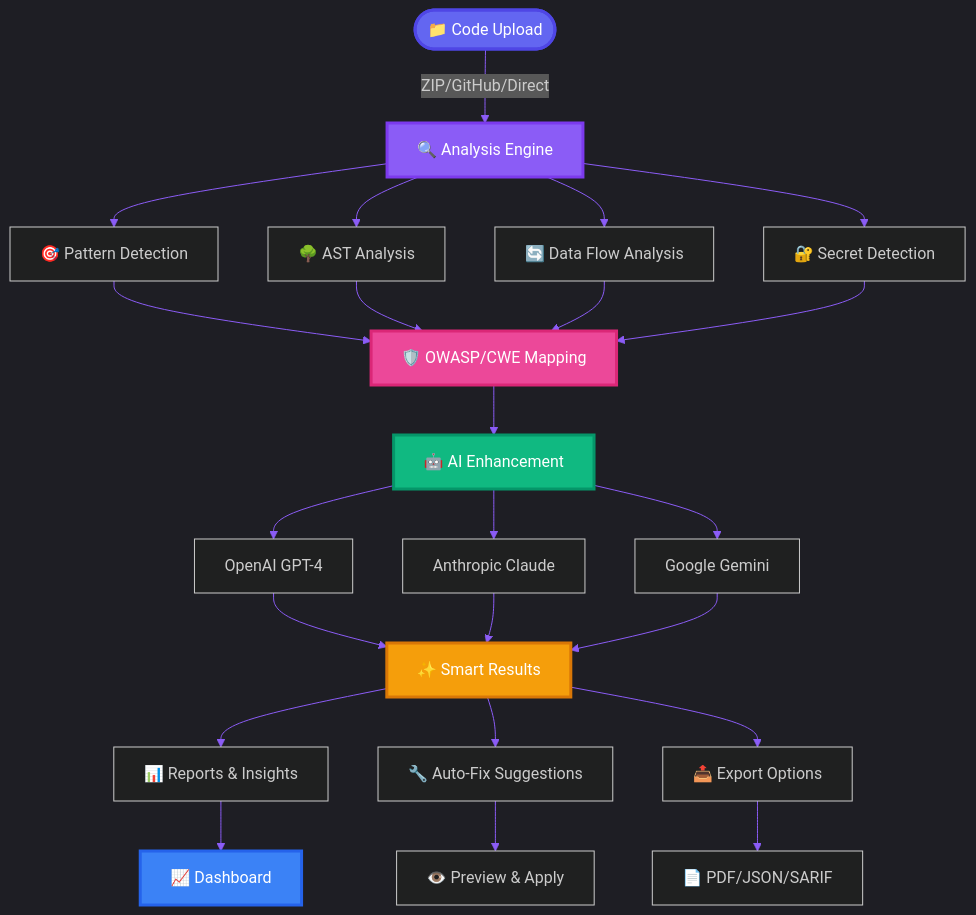
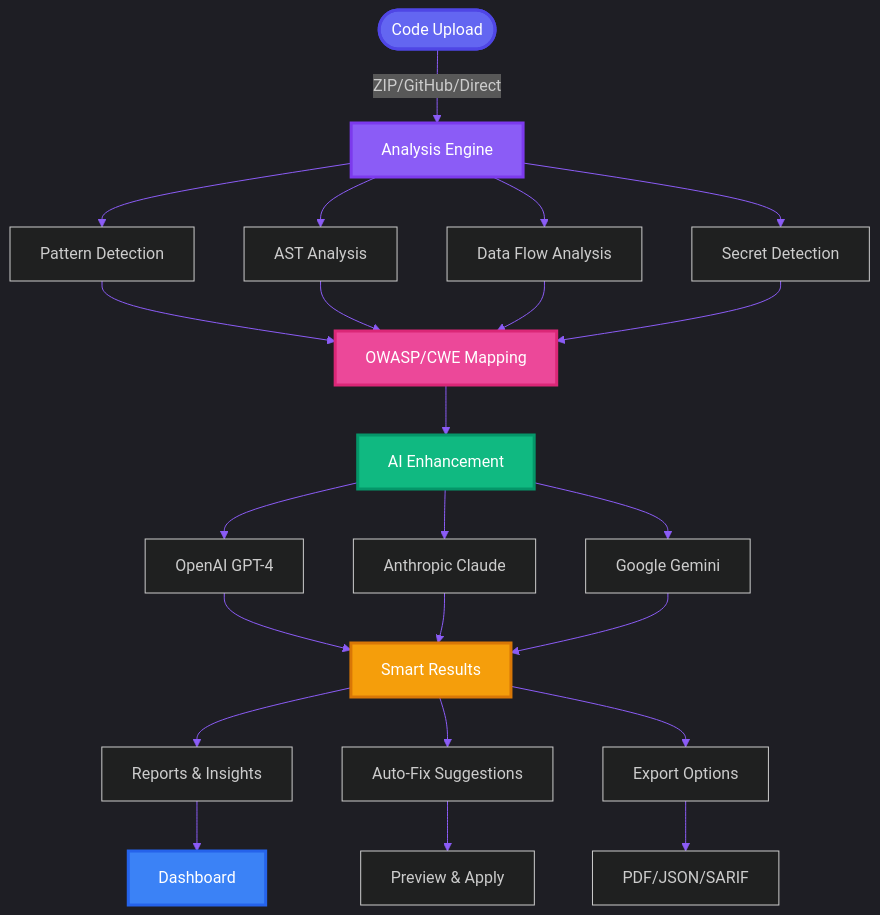
One commit to Xenonesis/code-guardian-report changed the first of 8 diagrams in README.md. Above: the diagram before and after it, drawn with Mermaid. The commit also changed other lines of this file and 53 other files, not shown here.

````diff
--- a/README.md
+++ b/README.md
@@ -231,39 +227,39 @@
 ```mermaid
 %%{init: {'theme':'dark', 'themeVariables': { 'primaryColor':'#6366f1','primaryTextColor':'#fff','primaryBorderColor':'#4f46e5','lineColor':'#8b5cf6','secondaryColor':'#ec4899','tertiaryColor':'#10b981'}}}%%
 graph TB
-    Start([📁 Code Upload]) -->|ZIP/GitHub/Direct| Analysis[🔍 Analysis Engine]
+    Start([Code Upload]) -->|ZIP/GitHub/Direct| Analysis[Analysis Engine]
 
-    Analysis --> Pattern[🎯 Pattern Detection]
-    Analysis --> AST[🌳 AST Analysis]
-    Analysis --> DataFlow[🔄 Data Flow Analysis]
-    Analysis --> Secret[🔐 Secret Detection]
+    Analysis --> Pattern[Pattern Detection]
+    Analysis --> AST[AST Analysis]
+    Analysis --> DataFlow[Data Flow Analysis]
+    Analysis --> Secret[Secret Detection]
 
-    Pattern --> OWASP[🛡️ OWASP/CWE Mapping]
+    Pattern --> OWASP[OWASP/CWE Mapping]
     AST --> OWASP
     DataFlow --> OWASP
     Secret --> OWASP
 
-    OWASP --> AI[🤖 AI Enhancement]
+    OWASP --> AI[AI Enhancement]
     AI --> GPT[OpenAI GPT-4]
     AI --> Claude[Anthropic Claude]
     AI --> Gemini[Google Gemini]
 
-    GPT --> Results[✨ Smart Results]
+    GPT --> Results[Smart Results]
     Claude --> Results
     Gemini --> Results
 
-    Results --> Report[📊 Reports & Insights]
-    Results --> Fixes[🔧 Auto-Fix Suggestions]
-    Results --> Export[📤 Export Options]
+    Results --> Report[Reports & Insights]
+    Results --> Fixes[Auto-Fix Suggestions]
+    Results --> Export[Export Options]
 
-    Report --> Dashboard[📈 Dashboard]
-    Fixes --> Preview[👁️ Preview & Apply]
-    Export --> PDF[📄 PDF/JSON/SARIF]
+    Report --> Dashboard[Dashboard]
+    Fixes --> Preview[Preview & Apply]
+    Export --> PDF[PDF/JSON/SARIF]
 
     style Start fill:#6366f1,stroke:#4f46e5,stroke-width:3px,color:#fff
     style Analysis fill:#8b5cf6,stroke:#7c3aed,stroke-width:3px,color:#fff
     style OWASP fill:#ec4899,stroke:#db2777,stroke-width:3px,color:#fff
     style AI fill:#10b981,stroke:#059669,stroke-width:3px,color:#fff
     style Results fill:#f59e0b,stroke:#d97706,stroke-width:3px,color:#fff
     style Dashboard fill:#3b82f6,stroke:#2563eb,stroke-width:3px,color:#fff
 ```
````
